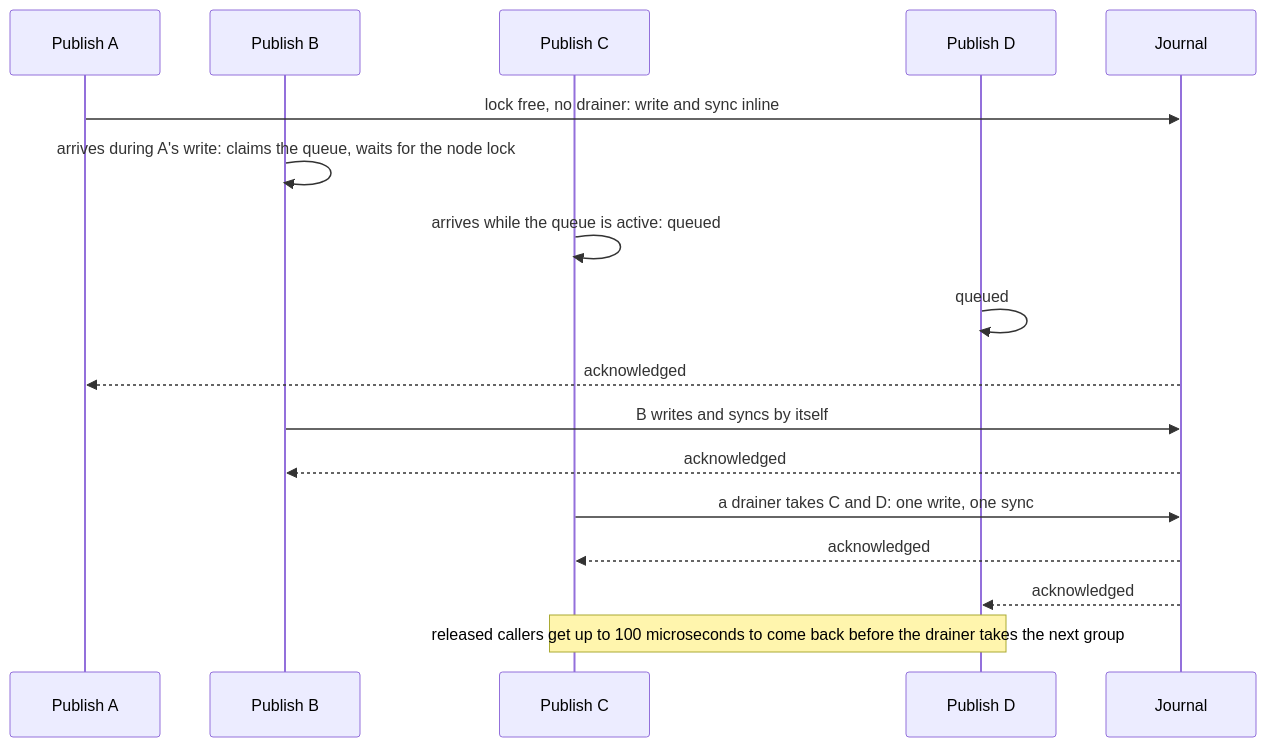
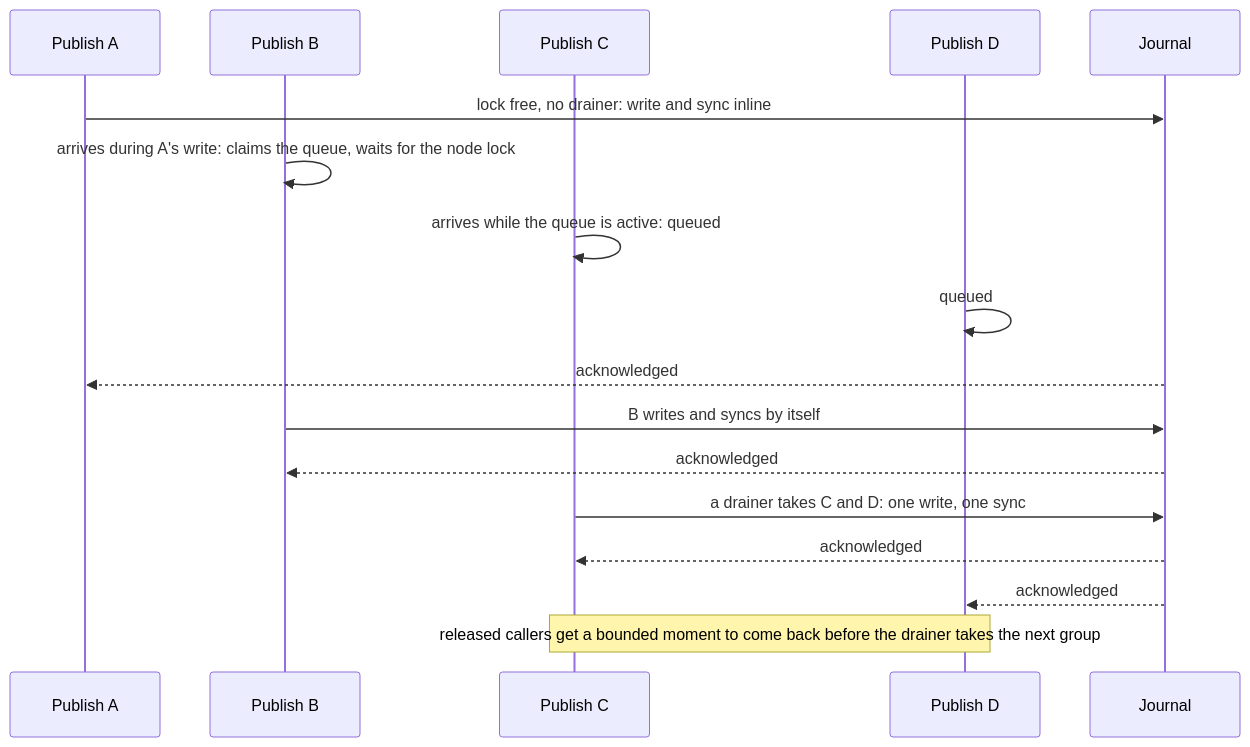
Before and after one commit to matorclawson/dostoevsky: the diagram in docs/how-it-works.md, drawn with Mermaid. The commit also changed other lines of this file and 2 other files, not shown here.

First line of the commit message:
Group commit gathering: wait for the callers that queued during the write AND the released ones (counting only the released let two halves alternate for ever), and sleep up to half the last write (at most 2 ms) for callers slower than the 100 us spin, backing off when they do not return

````diff
--- a/docs/how-it-works.md
+++ b/docs/how-it-works.md
@@ -9,19 +9,19 @@
 ```mermaid
 sequenceDiagram
     participant A as Publish A
     participant B as Publish B
     participant C as Publish C
     participant D as Publish D
     participant J as Journal
     A->>J: lock free, no drainer: write and sync inline
     B->>B: arrives during A's write: claims the queue, waits for the node lock
     C->>C: arrives while the queue is active: queued
     D->>D: queued
     J-->>A: acknowledged
     B->>J: B writes and syncs by itself
     J-->>B: acknowledged
     C->>J: a drainer takes C and D: one write, one sync
     J-->>C: acknowledged
     J-->>D: acknowledged
-    Note over C,D: released callers get up to 100 microseconds to come back before the drainer takes the next group
+    Note over C,D: released callers get a bounded moment to come back before the drainer takes the next group
 ```
````
